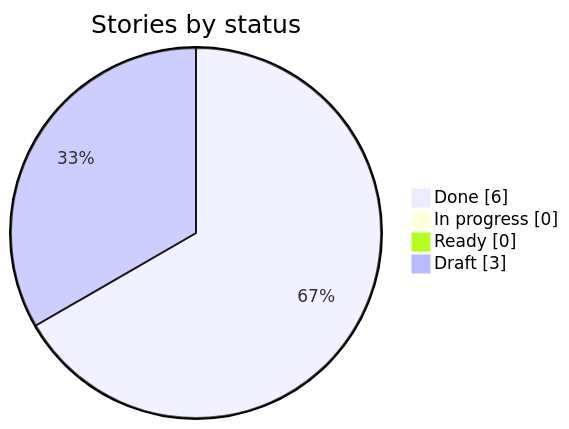
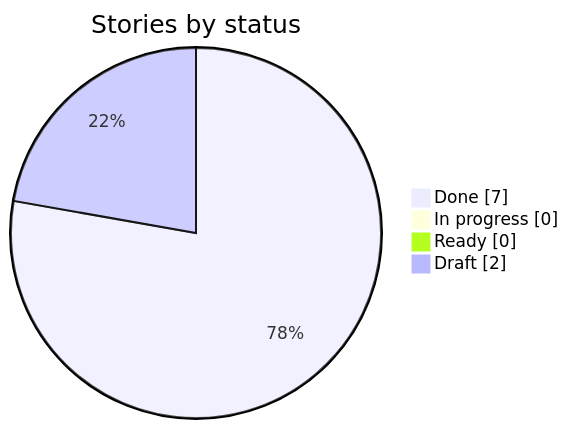
One commit to HebaGaber/oracle-property-intelligence-platform-pipeline-travis-tx changed the first of 2 diagrams in docs/progress.md. Above: the diagram before and after it, drawn with Mermaid. The commit also changed other lines of this file and 2 other files, not shown here.

Commit message:
A-13: update progress; merge commit recorded in the evidence; status Done

````diff
--- a/docs/progress.md
+++ b/docs/progress.md
@@ -9,7 +9,7 @@
 ```mermaid
 pie showData title Stories by status
-  "Done" : 6
+  "Done" : 7
   "In progress" : 0
   "Ready" : 0
-  "Draft" : 3
+  "Draft" : 2
 ```
````
